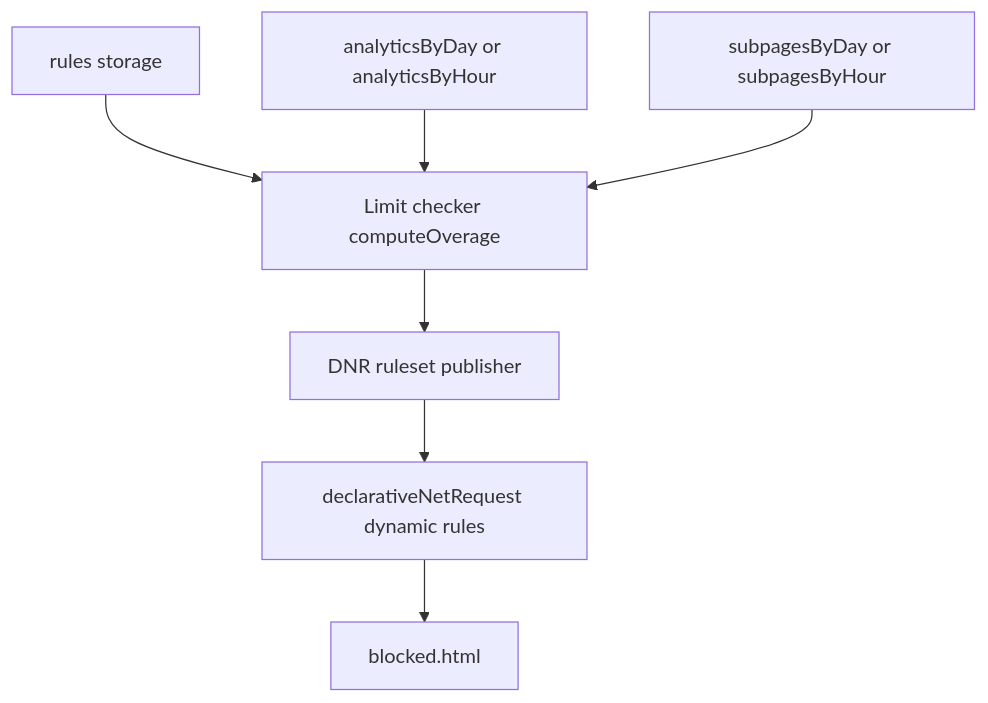
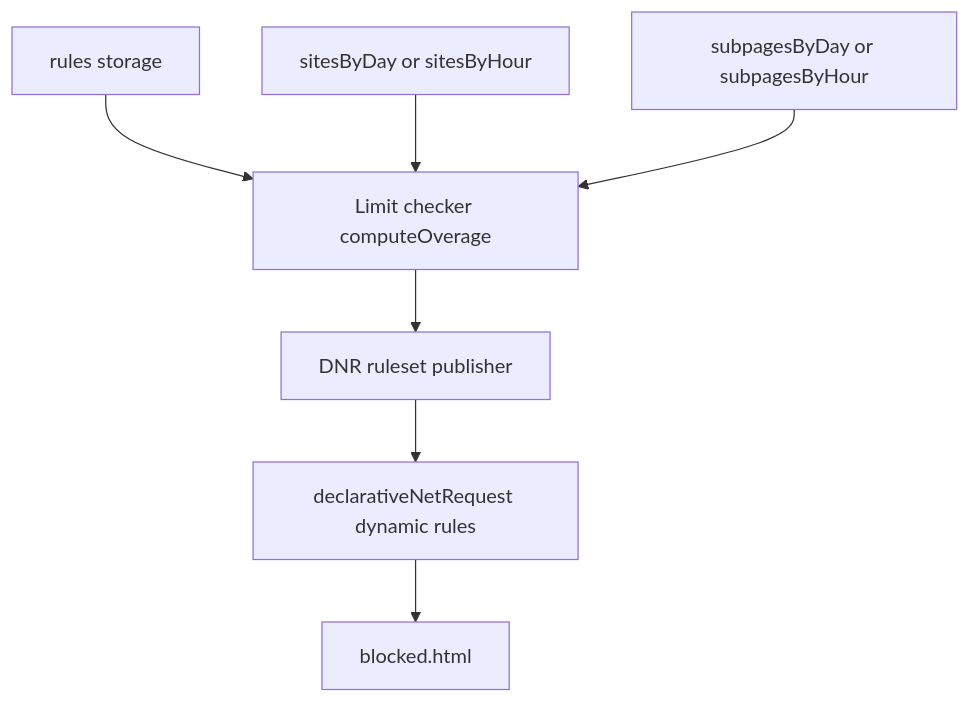
Before and after one commit to Plushly-Interactive/CoralClock: the diagram in docs/features/enforcement/enforcement.md, drawn with Mermaid. The commit also changed other lines of this file and 29 other files, not shown here.

First line of the commit message:
refactor: rename legacy analytics* keys and identifiers to sites*

````diff
--- a/docs/features/enforcement/enforcement.md
+++ b/docs/features/enforcement/enforcement.md
@@ -82,17 +82,17 @@
 ```mermaid
 flowchart TD
   rules[rules storage]
-  analytics[analyticsByDay or analyticsByHour]
+  sites[sitesByDay or sitesByHour]
   subpages[subpagesByDay or subpagesByHour]
   checker[Limit checker computeOverage]
   publisher[DNR ruleset publisher]
   dnr[declarativeNetRequest dynamic rules]
   blocked[blocked.html]
 
   rules --> checker
-  analytics --> checker
+  sites --> checker
   subpages --> checker
   checker --> publisher
   publisher --> dnr
   dnr --> blocked
 ```
````
